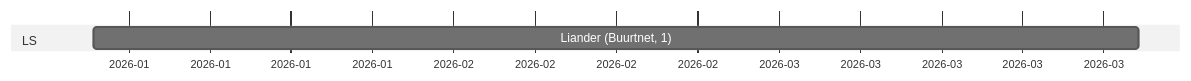
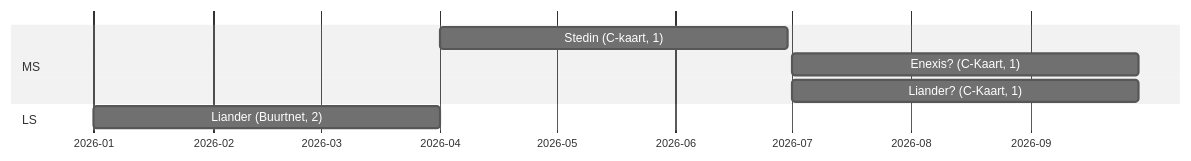
Before and after one commit to Netbeheer-Nederland/presentations: the third of 6 diagrams in src/profile-group-20250113/index.adoc, drawn with Mermaid. The commit also changed other lines of this file, not shown here.

Commit message:
Update planning.

```diff
--- a/src/profile-group-20250113/index.adoc
+++ b/src/profile-group-20250113/index.adoc
@@ -225,10 +225,15 @@
 [mermaid]
 ----
 %%{init: {"theme":"neutral"}}%%
 gantt
     dateFormat  YYYY-MM-DD
     axisFormat  %Y-%m
 
+    section MS
+    Stedin (C-kaart, 1) :2026-04-01, 90d
+    Enexis? (C-Kaart, 1) :2026-07-01, 90d
+    Liander? (C-Kaart, 1) :2026-07-01, 90d
+
     section LS
-    Liander (Buurtnet, 1) :2026-01-01, 90d
+    Liander (Buurtnet, 2) :2026-01-01, 90d
 ----
```
